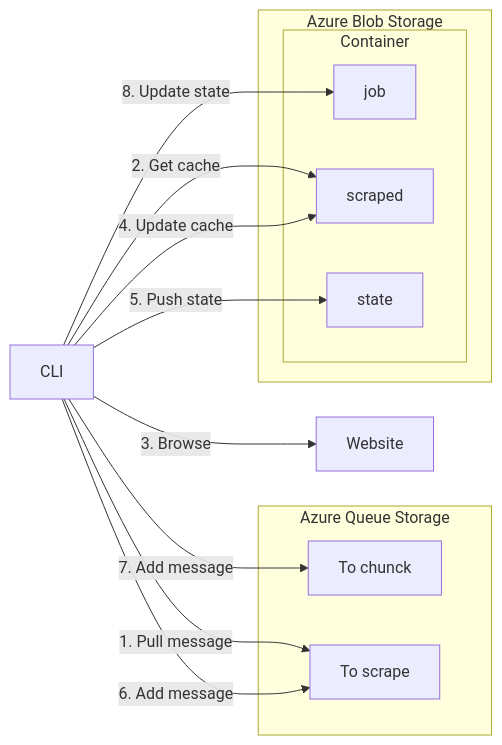
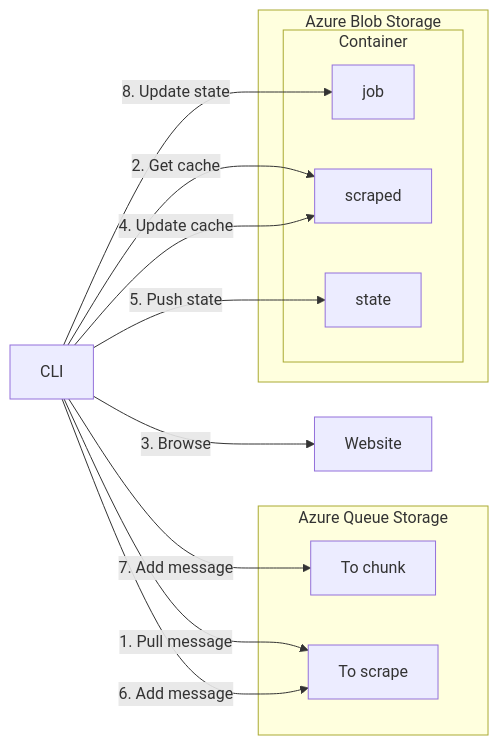
One commit to clemlesne/scrape-it-now changed the first of 2 diagrams in README.md. Above: the diagram before and after it, drawn with Mermaid. The commit also changed other lines of this file and 1 other file, not shown here.

Commit message:
chore: Fix typo in "chunk" work

````diff
--- a/README.md
+++ b/README.md
@@ -153,27 +153,27 @@
 ```mermaid
 graph LR
   cli["CLI"]
   web["Website"]
 
   subgraph "Azure Queue Storage"
-    to_chunck["To chunck"]
+    to_chunk["To chunk"]
     to_scrape["To scrape"]
   end
 
   subgraph "Azure Blob Storage"
     subgraph "Container"
       job["job"]
       scraped["scraped"]
       state["state"]
     end
   end
 
   cli -- 1. Pull message --> to_scrape
   cli -- 2. Get cache --> scraped
   cli -- 3. Browse --> web
   cli -- 4. Update cache --> scraped
   cli -- 5. Push state --> state
   cli -- 6. Add message --> to_scrape
-  cli -- 7. Add message --> to_chunck
+  cli -- 7. Add message --> to_chunk
   cli -- 8. Update state --> job
 ```
````
